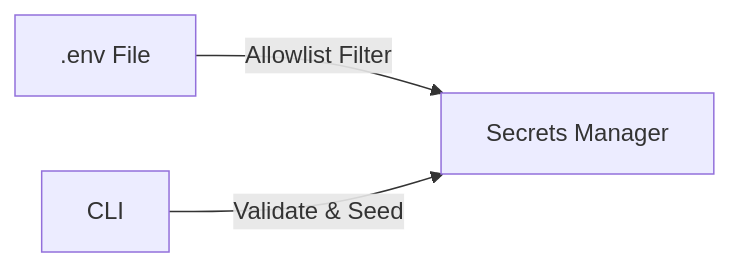
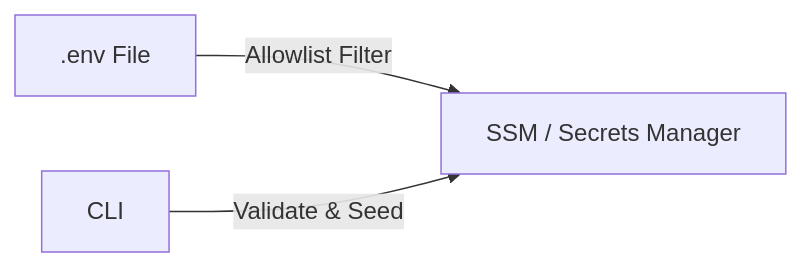
Before and after one commit to kunalPisolkar24/topos: the first of 2 diagrams in tools/seed-secrets/README.md, drawn with Mermaid. The commit also changed other lines of this file and 20 other files, not shown here.

````diff
--- a/tools/seed-secrets/README.md
+++ b/tools/seed-secrets/README.md
@@ -5,5 +5,5 @@
 ```mermaid
 graph LR
-    A[".env File"] -->|Allowlist Filter| B[Secrets Manager]
+    A[".env File"] -->|Allowlist Filter| B[SSM / Secrets Manager]
     C[CLI] -->|Validate & Seed| B
 ```
````
